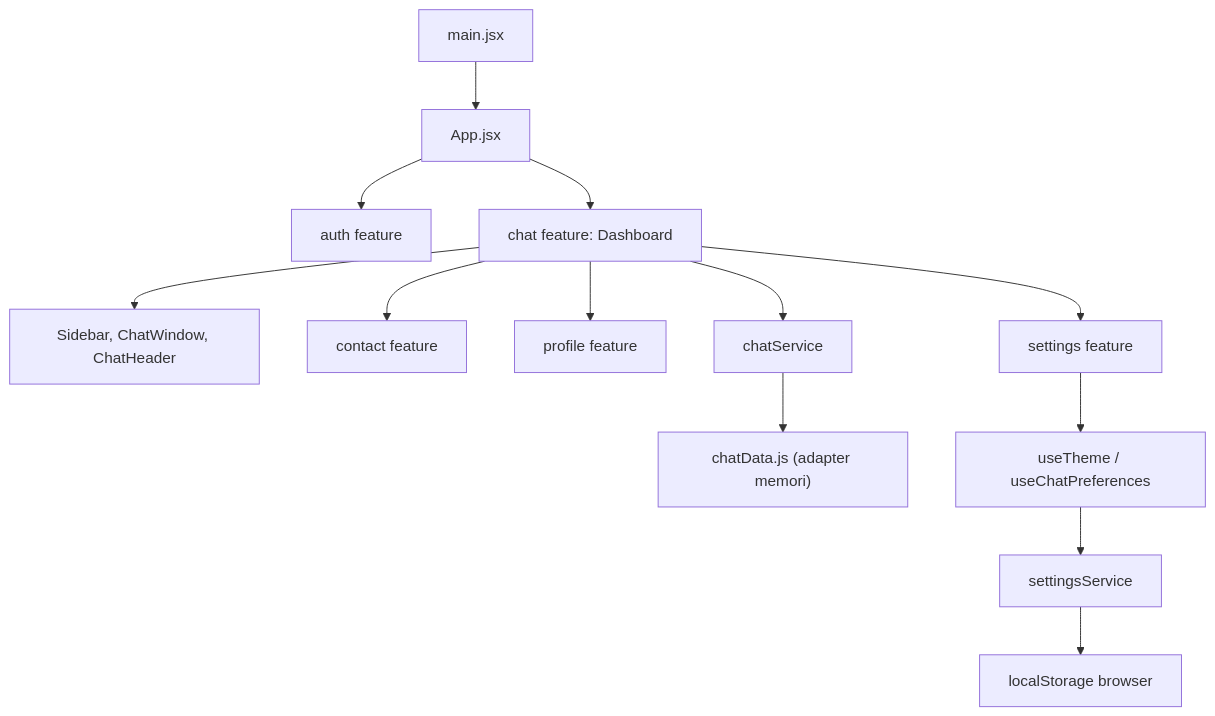
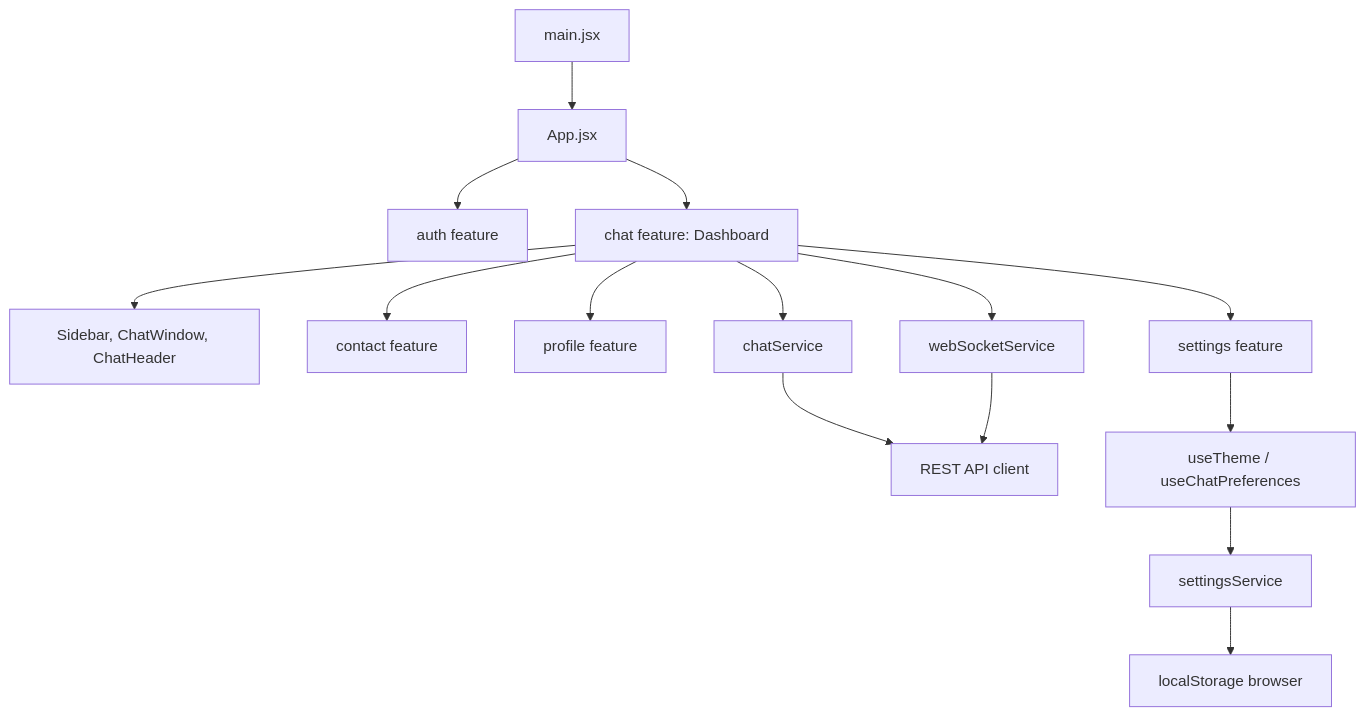
Before and after one commit to alfitoDangkuhono/lechat-app-front-end: the diagram in README.md, drawn with Mermaid. The commit also changed other lines of this file and 20 other files, not shown here.

````diff
--- a/README.md
+++ b/README.md
@@ -137,15 +135,17 @@
 ```mermaid
 flowchart TD
     Entry["main.jsx"] --> App["App.jsx"]
     App --> Auth["auth feature"]
     App --> Dashboard["chat feature: Dashboard"]
     Dashboard --> ChatUI["Sidebar, ChatWindow, ChatHeader"]
     Dashboard --> Contact["contact feature"]
     Dashboard --> Profile["profile feature"]
     Dashboard --> Settings["settings feature"]
     Dashboard --> ChatService["chatService"]
-    ChatService --> DemoData["chatData.js (adapter memori)"]
+    Dashboard --> WebSocket["webSocketService"]
+    ChatService --> API["REST API client"]
+    WebSocket --> API
     Settings --> SettingsHooks["useTheme / useChatPreferences"]
     SettingsHooks --> SettingsService["settingsService"]
     SettingsService --> Storage["localStorage browser"]
 ```
````
